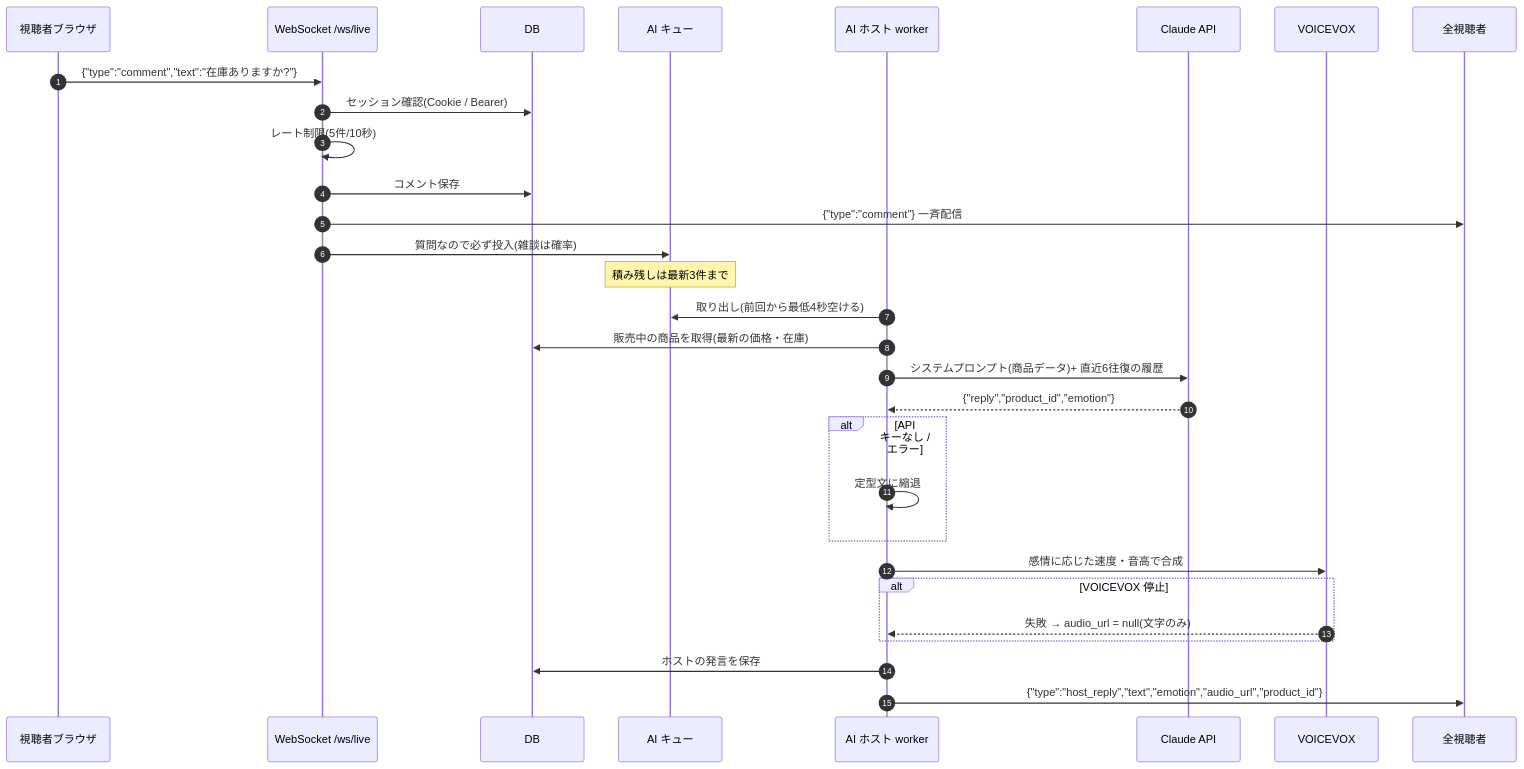
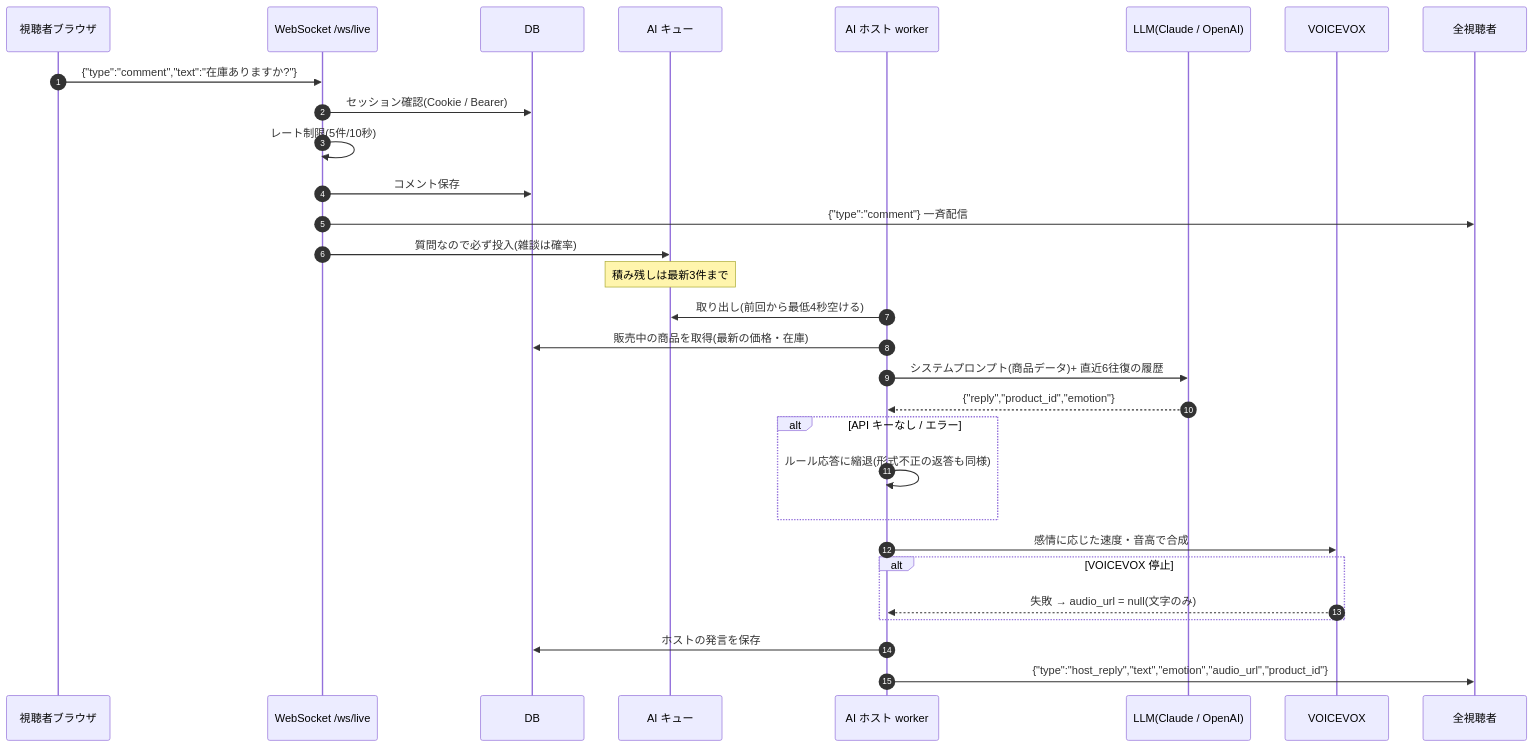
Before and after one commit to masteren/ai-live-commerce: the first of 3 diagrams in docs/design/sequence.md, drawn with Mermaid. The commit also changed 14 other files, not shown here.

````diff
--- a/docs/design/sequence.md
+++ b/docs/design/sequence.md
@@ -4,33 +4,33 @@
 ```mermaid
 sequenceDiagram
   autonumber
   participant B as 視聴者ブラウザ
   participant W as WebSocket /ws/live
   participant DB as DB
   participant Q as AI キュー
   participant H as AI ホスト worker
-  participant C as Claude API
+  participant C as LLM(Claude / OpenAI)
   participant T as VOICEVOX
   participant All as 全視聴者
 
   B->>W: {"type":"comment","text":"在庫ありますか?"}
   W->>DB: セッション確認(Cookie / Bearer)
   W->>W: レート制限(5件/10秒)
   W->>DB: コメント保存
   W->>All: {"type":"comment"} 一斉配信
   W->>Q: 質問なので必ず投入(雑談は確率)
   Note over Q: 積み残しは最新3件まで
   H->>Q: 取り出し(前回から最低4秒空ける)
   H->>DB: 販売中の商品を取得(最新の価格・在庫)
   H->>C: システムプロンプト(商品データ)+ 直近6往復の履歴
   C-->>H: {"reply","product_id","emotion"}
   alt API キーなし / エラー
-    H->>H: 定型文に縮退
+    H->>H: ルール応答に縮退(形式不正の返答も同様)
   end
   H->>T: 感情に応じた速度・音高で合成
   alt VOICEVOX 停止
     T-->>H: 失敗 → audio_url = null(文字のみ)
   end
   H->>DB: ホストの発言を保存
   H->>All: {"type":"host_reply","text","emotion","audio_url","product_id"}
 ```
````
